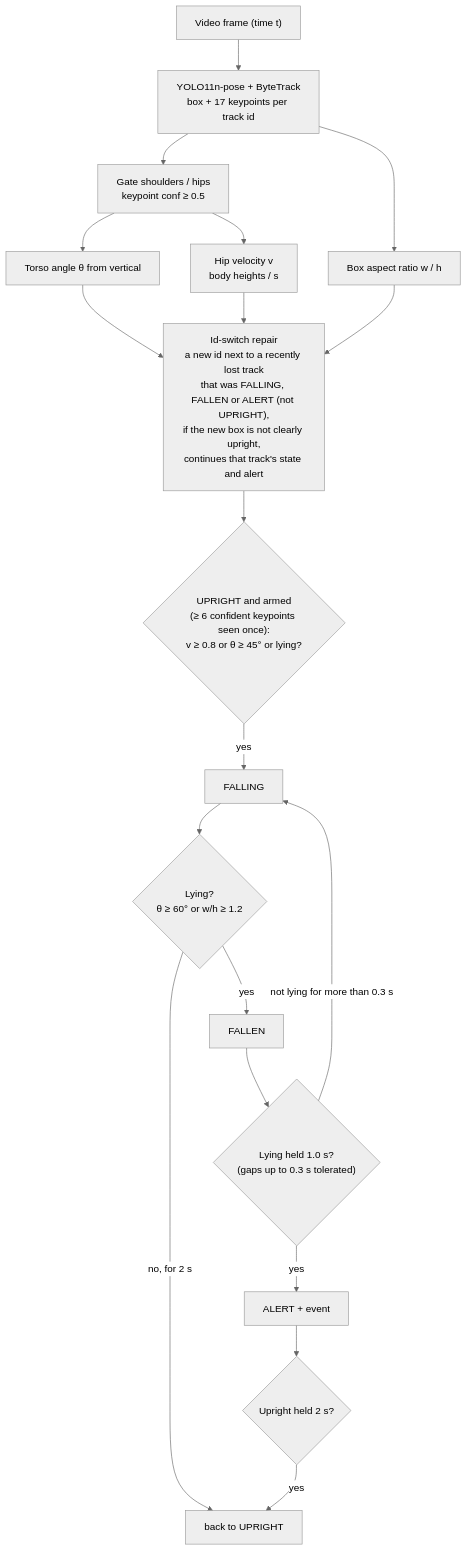
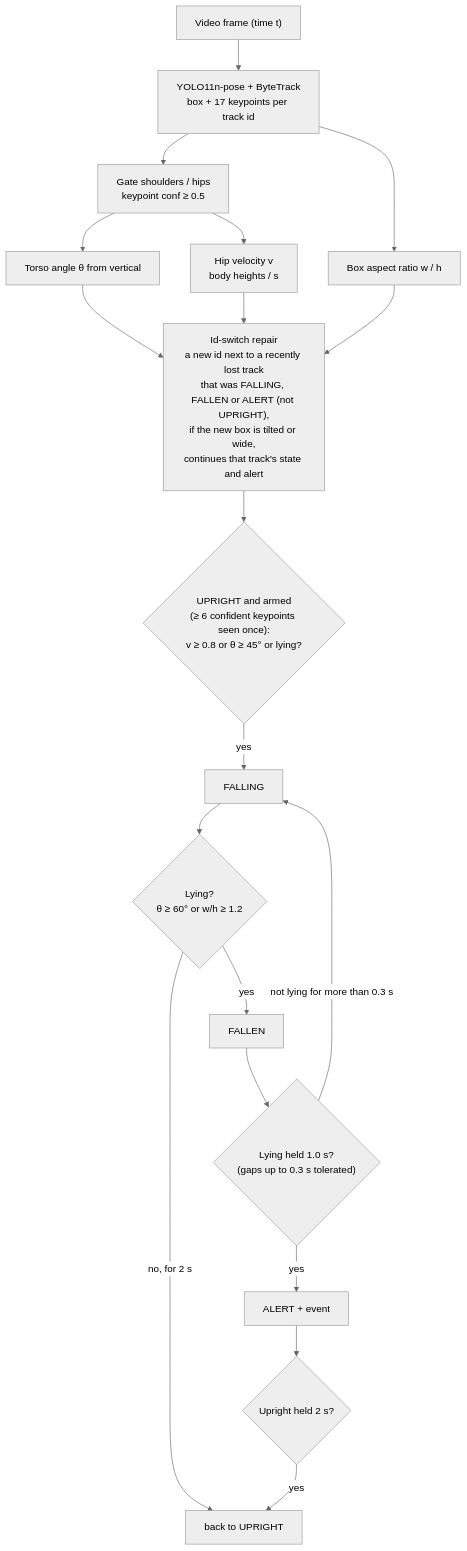
One commit to karemdm/fall-detection-alert changed the diagram in README.md. Above: the diagram before and after it, drawn with Mermaid (neutral theme). The commit also changed other lines of this file and 5 other files, not shown here.

````diff
--- a/README.md
+++ b/README.md
@@ -33,21 +33,21 @@
 ```mermaid
 flowchart TD
     A["Video frame (time t)"] --> B["YOLO11n-pose + ByteTrack<br/>box + 17 keypoints per track id"]
     B --> C["Gate shoulders / hips<br/>keypoint conf ≥ 0.5"]
     B --> F["Box aspect ratio w / h"]
     C --> D["Torso angle θ from vertical"]
     C --> E["Hip velocity v<br/>body heights / s"]
-    D --> S["Id-switch repair<br/>a new id next to a recently lost track<br/>that was FALLING, FALLEN or ALERT (not UPRIGHT),<br/>if the new box is not clearly upright,<br/>continues that track's state and alert"]
+    D --> S["Id-switch repair<br/>a new id next to a recently lost track<br/>that was FALLING, FALLEN or ALERT (not UPRIGHT),<br/>if the new box is tilted or wide,<br/>continues that track's state and alert"]
     E --> S
     F --> S
     S --> G{"UPRIGHT and armed<br/>(≥ 6 confident keypoints seen once):<br/>v ≥ 0.8 or θ ≥ 45° or lying?"}
     G -- yes --> H["FALLING"]
     H --> I{"Lying?<br/>θ ≥ 60° or w/h ≥ 1.2"}
     I -- "no, for 2 s" --> U["back to UPRIGHT"]
     I -- yes --> J["FALLEN"]
     J --> K{"Lying held 1.0 s?<br/>(gaps up to 0.3 s tolerated)"}
     K -- "not lying for more than 0.3 s" --> H
     K -- yes --> L["ALERT + event"]
     L --> M{"Upright held 2 s?"}
     M -- yes --> U
 ```
````
